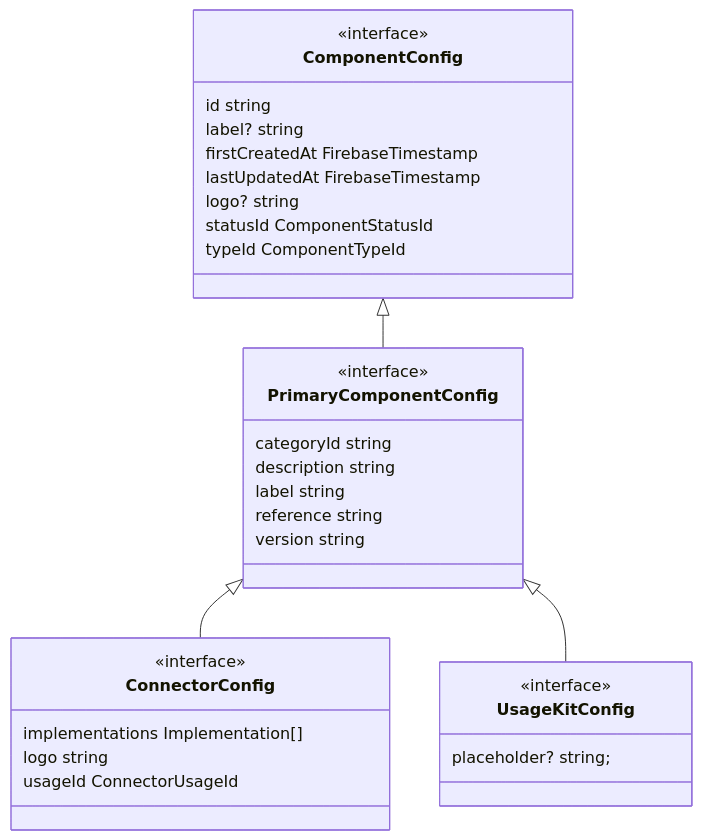
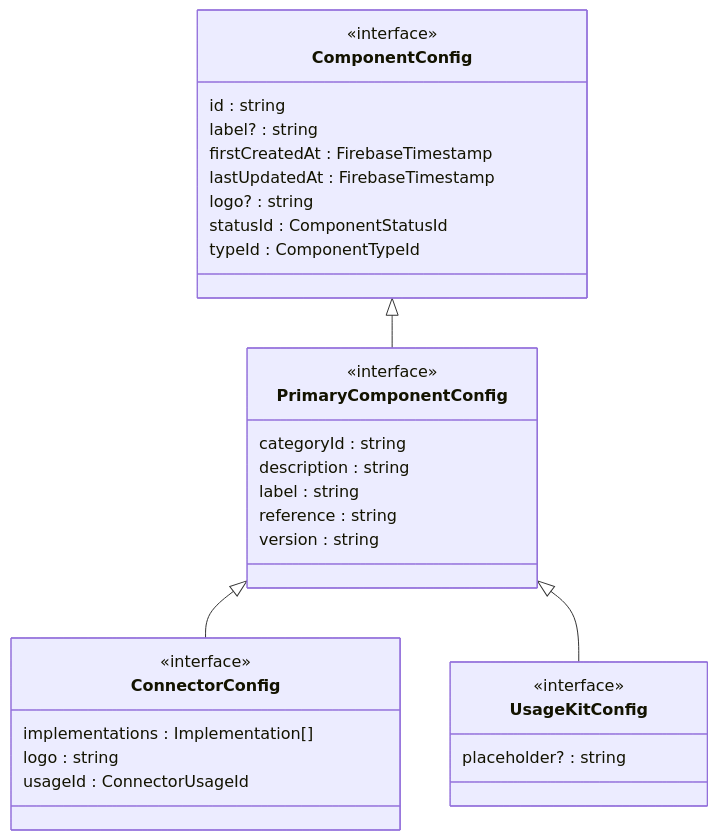
One commit to data-positioning/datapos-shared changed the second of 7 diagrams in README.md. Above: the diagram before and after it, drawn with Mermaid. The commit also changed other lines of this file and 1 other file, not shown here.

````diff
--- a/README.md
+++ b/README.md
@@ -74,40 +74,40 @@
 ```mermaid
 classDiagram
     direction TB
 
     ComponentConfig <|-- PrimaryComponentConfig
     PrimaryComponentConfig <|-- ConnectorConfig
     PrimaryComponentConfig <|-- UsageKitConfig
 
     class ComponentConfig {
         <<interface>>
-        id string
-        label? string
-        firstCreatedAt FirebaseTimestamp
-        lastUpdatedAt FirebaseTimestamp
-        logo? string
-        statusId ComponentStatusId
-        typeId ComponentTypeId
+        id :  string
+        label? :  string
+        firstCreatedAt :  FirebaseTimestamp
+        lastUpdatedAt :  FirebaseTimestamp
+        logo? :  string
+        statusId :  ComponentStatusId
+        typeId :  ComponentTypeId
     }
 
     class PrimaryComponentConfig {
         <<interface>>
-        categoryId string
-        description string
-        label string
-        reference string
-        version string
+        categoryId :  string
+        description :  string
+        label :  string
+        reference :  string
+        version :  string
     }
 
     class ConnectorConfig {
         <<interface>>
-        implementations Implementation[]
-        logo string
-        usageId ConnectorUsageId
+        implementations :  Implementation[]
+        logo :  string
+        usageId :  ConnectorUsageId
     }
 
     class UsageKitConfig {
         <<interface>>
-        placeholder? string;
+        placeholder? :  string
     }
 ```
````
